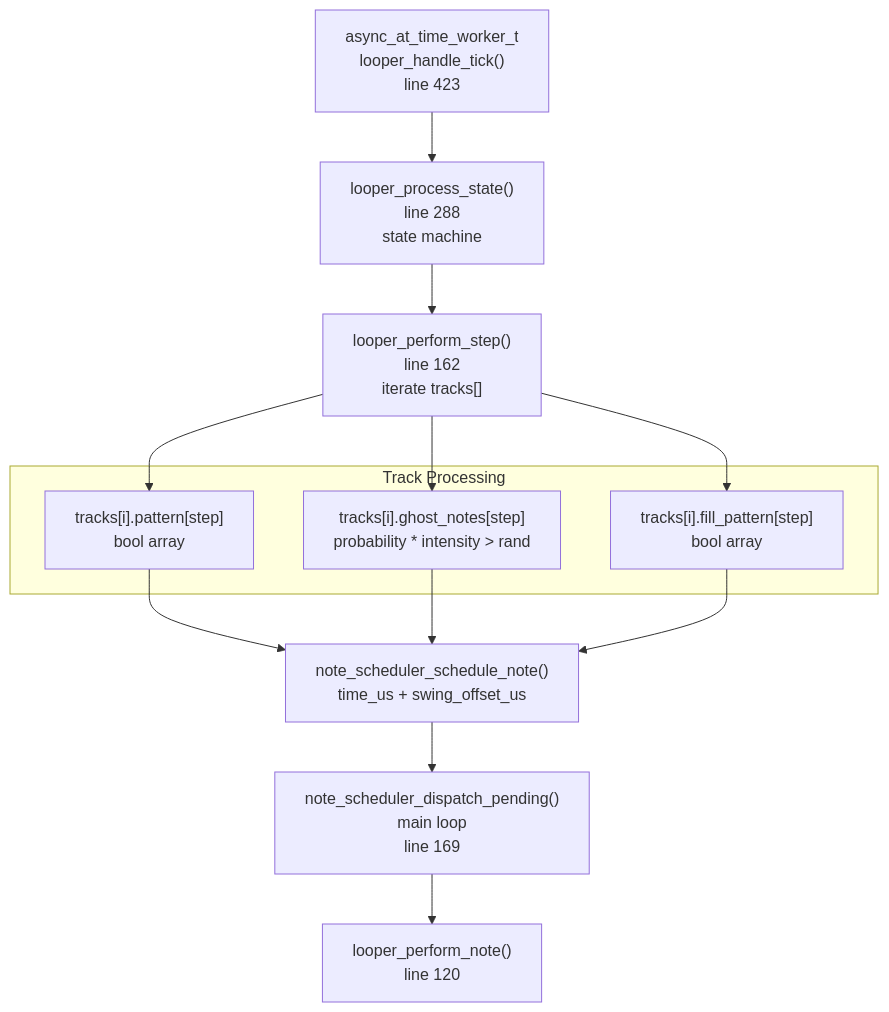
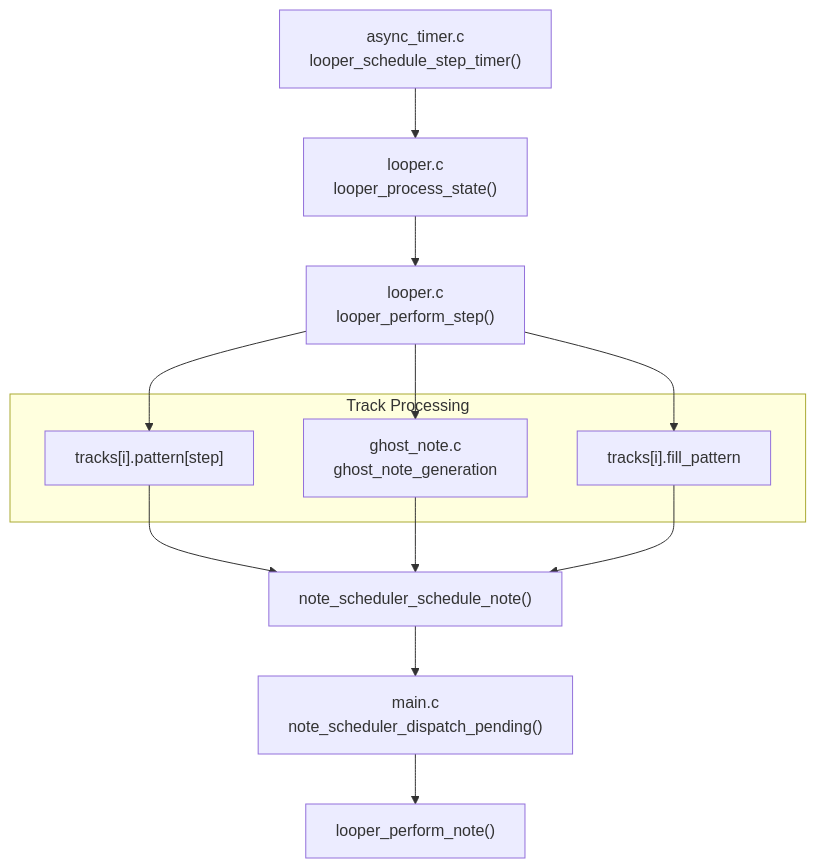
One commit to Jus-Be/orinayo-pico changed the third of 6 diagrams in wiki/3-architecture.md. Above: the diagram before and after it, drawn with Mermaid. The commit also changed other lines of this file and 42 other files, not shown here.

````diff
--- a/wiki/3-architecture.md
+++ b/wiki/3-architecture.md
@@ -206,30 +162,30 @@
 ```mermaid
 flowchart TD
 
-Timer["async_at_time_worker_t<br>looper_handle_tick()<br>line 423"]
-ProcessState["looper_process_state()<br>line 288<br>state machine"]
-PerformStep["looper_perform_step()<br>line 162<br>iterate tracks[]"]
-Track1["tracks[i].pattern[step]<br>bool array"]
-Ghost["tracks[i].ghost_notes[step]<br>probability * intensity > rand"]
-Fill["tracks[i].fill_pattern[step]<br>bool array"]
-Schedule["note_scheduler_schedule_note()<br>time_us + swing_offset_us"]
-Dispatch["note_scheduler_dispatch_pending()<br>main loop<br>line 169"]
-Output["looper_perform_note()<br>line 120"]
+Timer["async_timer.c<br>looper_schedule_step_timer()"]
+ProcessState["looper.c<br>looper_process_state()"]
+PerformStep["looper.c<br>looper_perform_step()"]
+Track1["tracks[i].pattern[step]"]
+Ghost["ghost_note.c<br>ghost_note_generation"]
+Fill["tracks[i].fill_pattern"]
+Schedule["note_scheduler_schedule_note()"]
+Dispatch["main.c<br>note_scheduler_dispatch_pending()"]
+Output["looper_perform_note()"]
 
 Timer --> ProcessState
 ProcessState --> PerformStep
 PerformStep --> Track1
 PerformStep --> Ghost
 PerformStep --> Fill
 Track1 --> Schedule
 Ghost --> Schedule
 Fill --> Schedule
 Schedule --> Dispatch
 Dispatch --> Output
 
 subgraph Tracks ["Track Processing"]
     Track1
     Ghost
     Fill
 end
 ```
````
